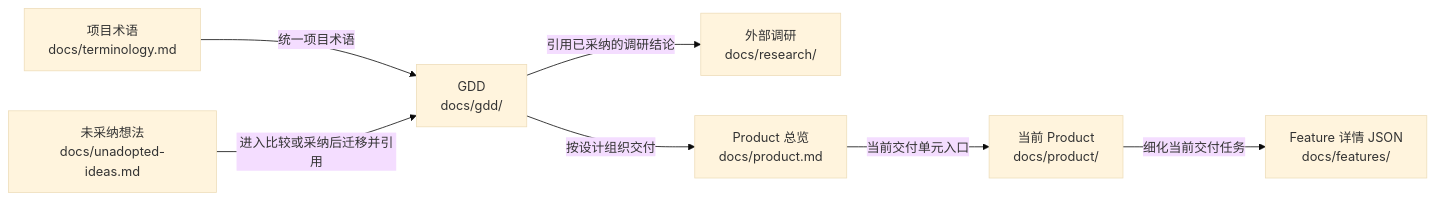
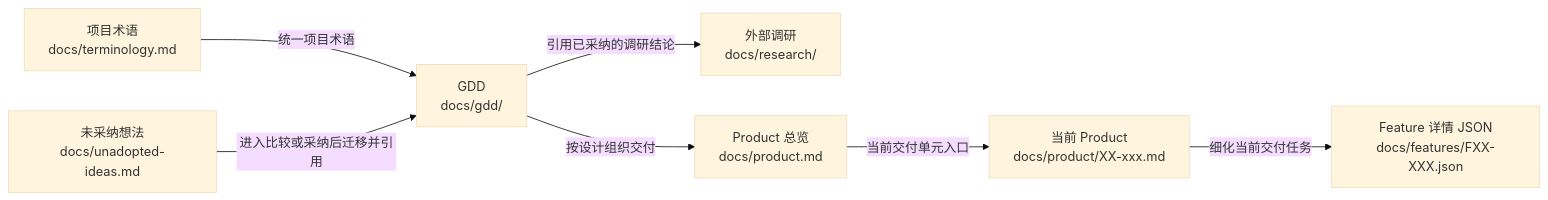
The first of 3 diagrams in framework/godot-project-manual/requirements-and-tasks/requirements-and-planning.md (yxy823/Game_idle_yaya_frame), drawn with Mermaid (base theme) before and after one commit. The commit also changed 10 other files, not shown here.

First line of the commit message:
feat(panorama): 文档关系的节点改用文件名标出，带编号的写成 FXX-XXX

````diff
--- a/framework/godot-project-manual/requirements-and-tasks/requirements-and-planning.md
+++ b/framework/godot-project-manual/requirements-and-tasks/requirements-and-planning.md
@@ -94,9 +94,9 @@
 ```mermaid
 flowchart LR
     terms["项目术语<br/>docs/terminology.md"] -->|统一项目术语| gdd["GDD<br/>docs/gdd/"]
     ideas["未采纳想法<br/>docs/unadopted-ideas.md"] -->|进入比较或采纳后迁移并引用| gdd
     gdd -->|引用已采纳的调研结论| research["外部调研<br/>docs/research/"]
     gdd -->|按设计组织交付| overview["Product 总览<br/>docs/product.md"]
-    overview -->|当前交付单元入口| product["当前 Product<br/>docs/product/"]
-    product -->|细化当前交付任务| feature["Feature 详情 JSON<br/>docs/features/"]
+    overview -->|当前交付单元入口| product["当前 Product<br/>docs/product/XX-xxx.md"]
+    product -->|细化当前交付任务| feature["Feature 详情 JSON<br/>docs/features/FXX-XXX.json"]
 ```
````
